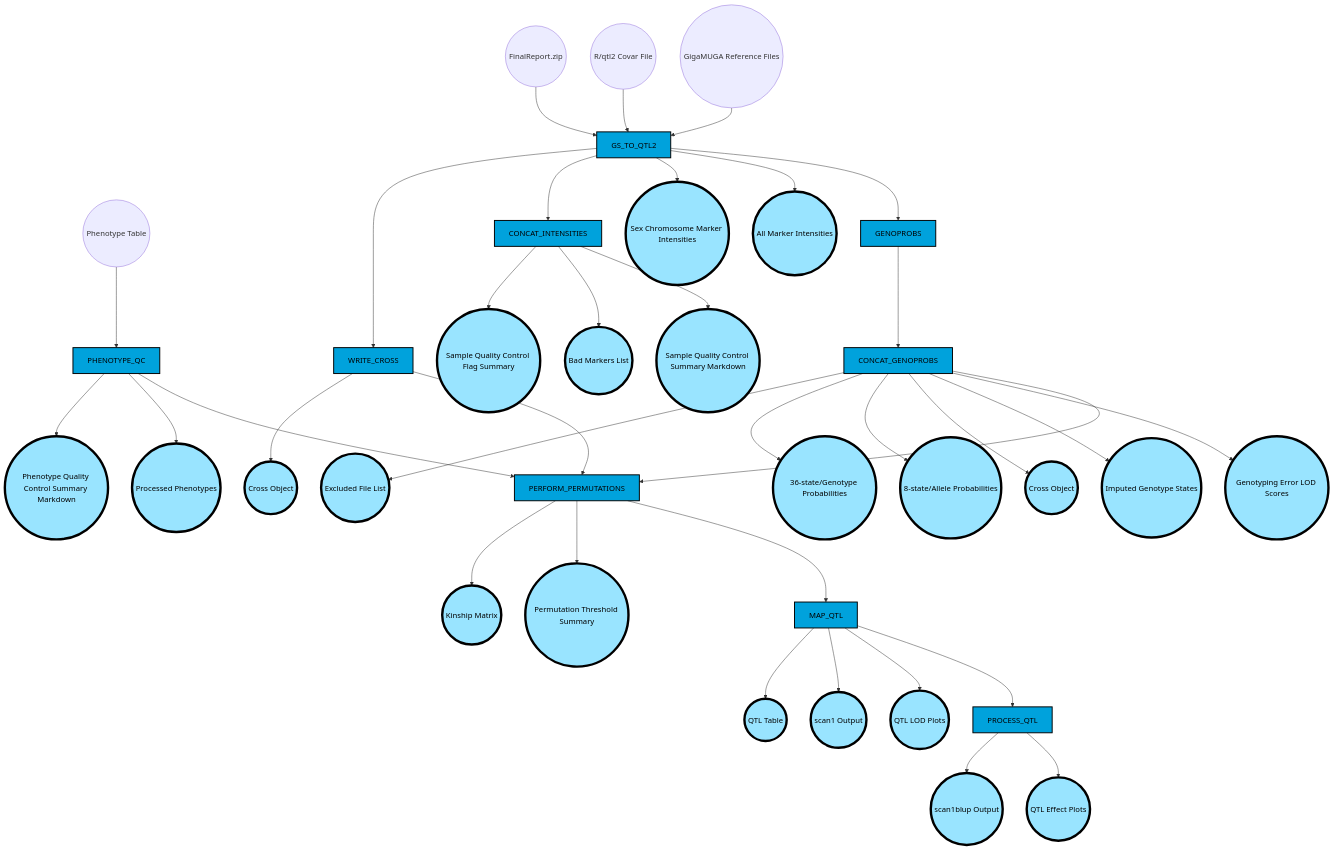
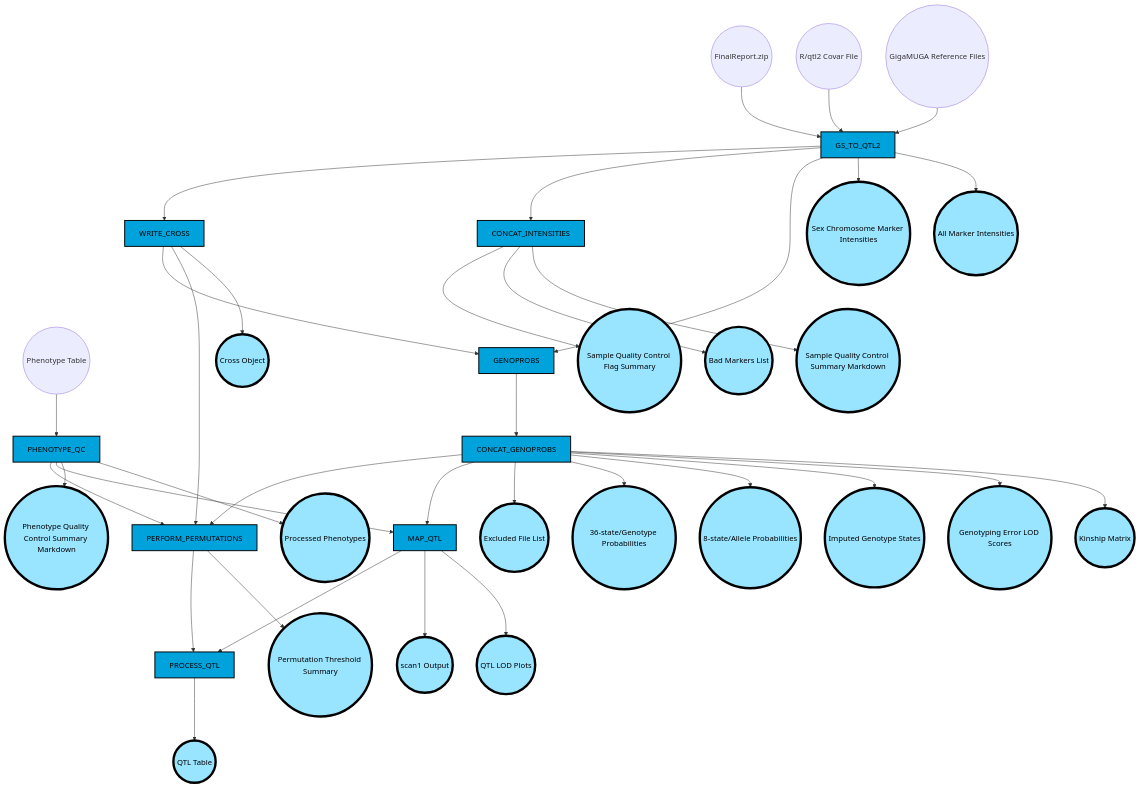
One commit to TheJacksonLaboratory/haplotype_reconstruction_qtl-nf changed the diagram in README.md. Above: the diagram before and after it, drawn with Mermaid.

```diff
--- a/README.md
+++ b/README.md
@@ -50,53 +50,52 @@
     o15((Permutation Threshold Summary)):::output
     o16((QTL Table)):::output
     o17((scan1 Output)):::output
-    o18((scan1blup Output)):::output
     o19((QTL LOD Plots)):::output
-    o20((QTL Effect Plots)):::output
-    o21((Cross Object)):::output
 
     p0 --> p4
+
     p1 --> p4
-
+    p2 --> p4
+    p3 --> p9
     p4 --> p5
     p4 --> p8
+    p4 --> p6
     p4 --> o1
     p4 --> o2
 
-    p2 --> p4
-    p4 --> p6
-    p5 --> o21
+    p5 --> p6
+    p5 --> p10
+    p5 --> o6
+    
+
     p6 --> p7
-
+    
+    p7 --> p10
+    p7 --> p11
     p7 --> o3
     p7 --> o4
     p7 --> o5
-    p7 --> o6
     p7 --> o7
     p7 --> o8
+    p7 --> o14
 
     p8 --> o9
     p8 --> o10
     p8 --> o11
-
-    p3 --> p9
+    
+    p9 --> p10
+    p9 --> p11
     p9 --> o12
     p9 --> o13
-    p9 --> p10
 
-    p5 --> p10
-    p7 --> p10
-    p10 --> o14
+    p10 --> p12
     p10 --> o15
-    p10 --> p11
 
-    p11 --> o16
+    p11 --> p12
     p11 --> o17
     p11 --> o19
-    p11 --> p12
-
-    p12 --> o18
-    p12 --> o20
+    
+    p12 --> o16
 
 classDef output fill:#99e4ff,stroke:#000000,stroke-width:5px,color:#000000
 classDef process fill:#00A2DC,stroke:#000000,stroke-width:2px,color:#000000
```
